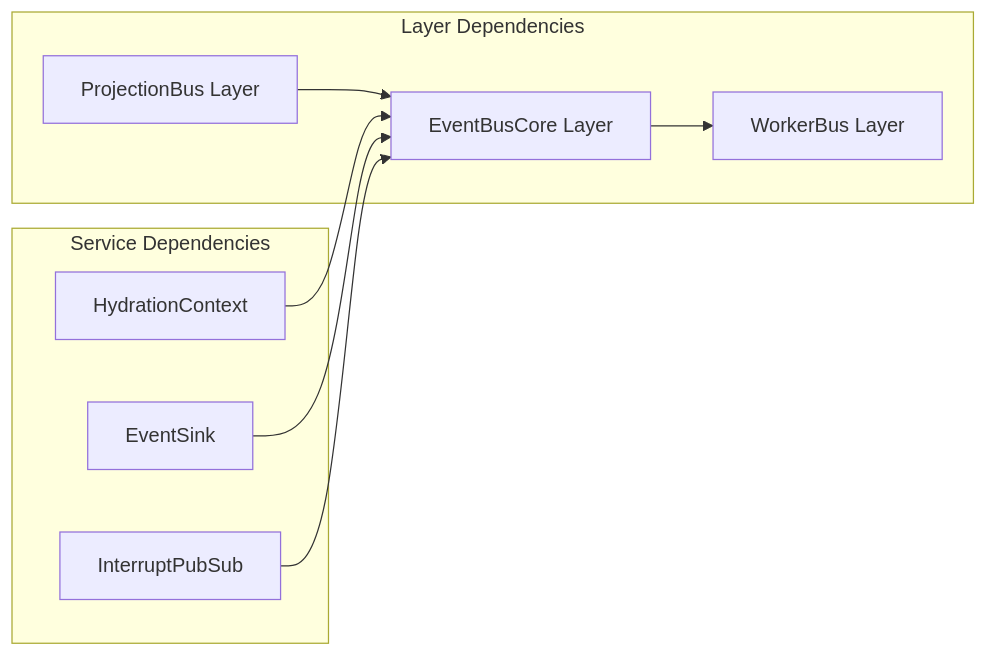
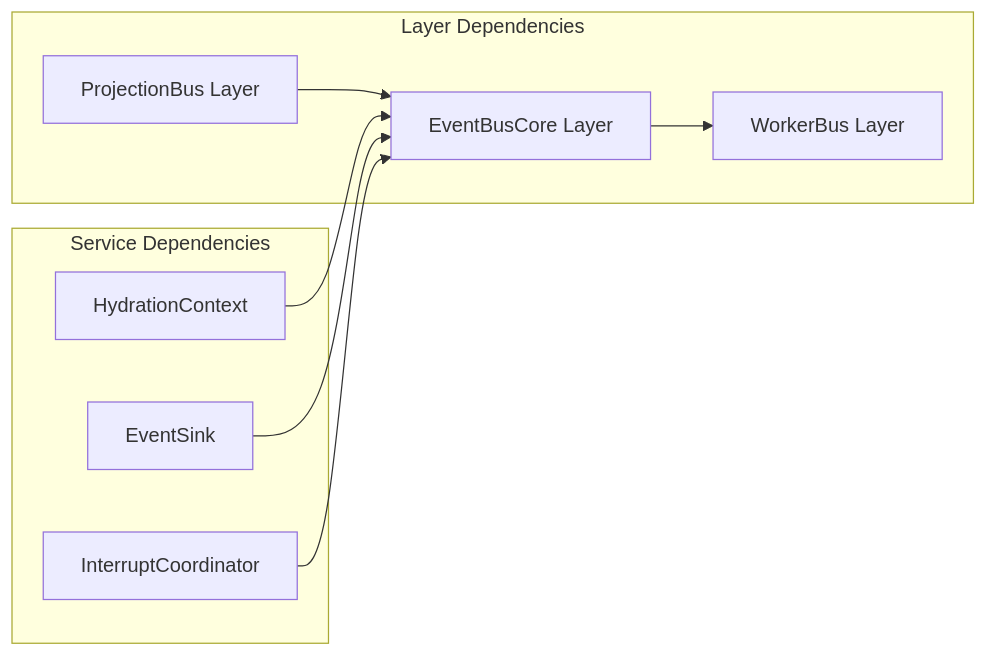
The second of 23 diagrams in packages/event-core/ARCHITECTURE.md (magnitudedev/magnitude), drawn with Mermaid before and after one commit. The commit also changed other lines of this file and 15 other files, not shown here.

````diff
--- a/packages/event-core/ARCHITECTURE.md
+++ b/packages/event-core/ARCHITECTURE.md
@@ -89,21 +89,21 @@
 ```mermaid
 graph LR
     subgraph "Layer Dependencies"
         PBL[ProjectionBus Layer]
         EBCL[EventBusCore Layer]
         WBL[WorkerBus Layer]
 
         PBL --> EBCL
         EBCL --> WBL
     end
 
     subgraph "Service Dependencies"
         HC[HydrationContext]
         ES[EventSink]
-        IPS[InterruptPubSub]
+        IPS[InterruptCoordinator]
 
         HC --> EBCL
         ES --> EBCL
         IPS --> EBCL
     end
 ```
````
